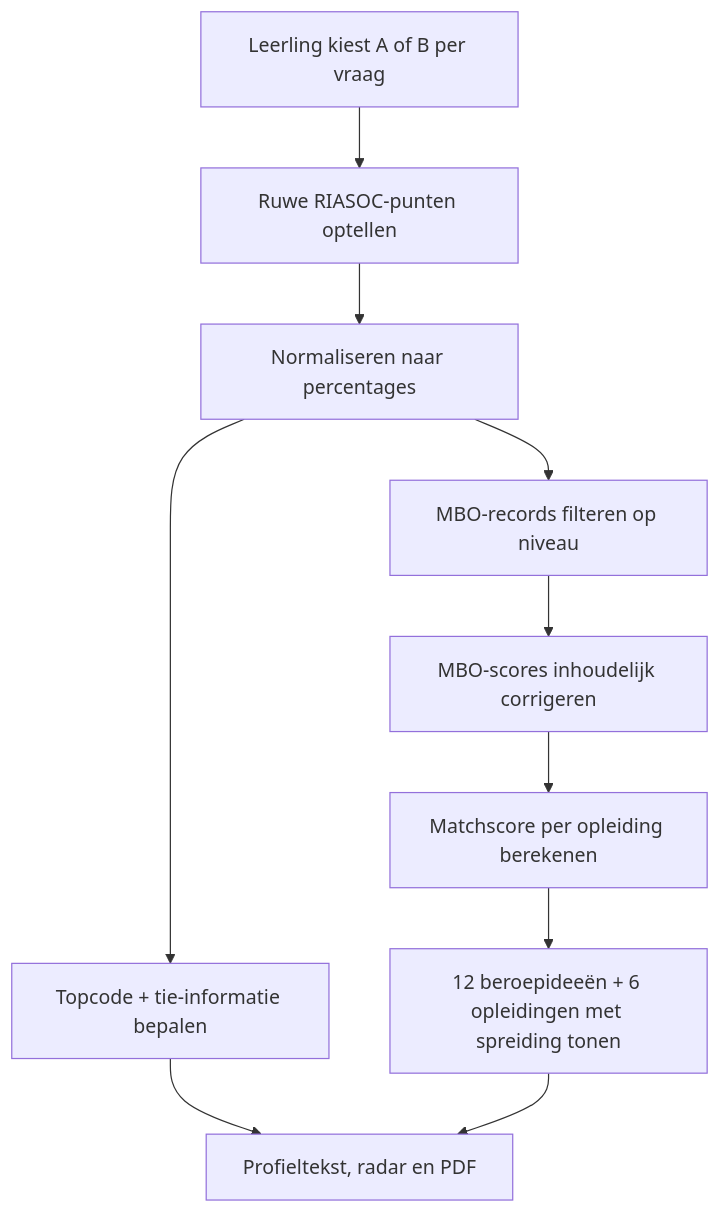
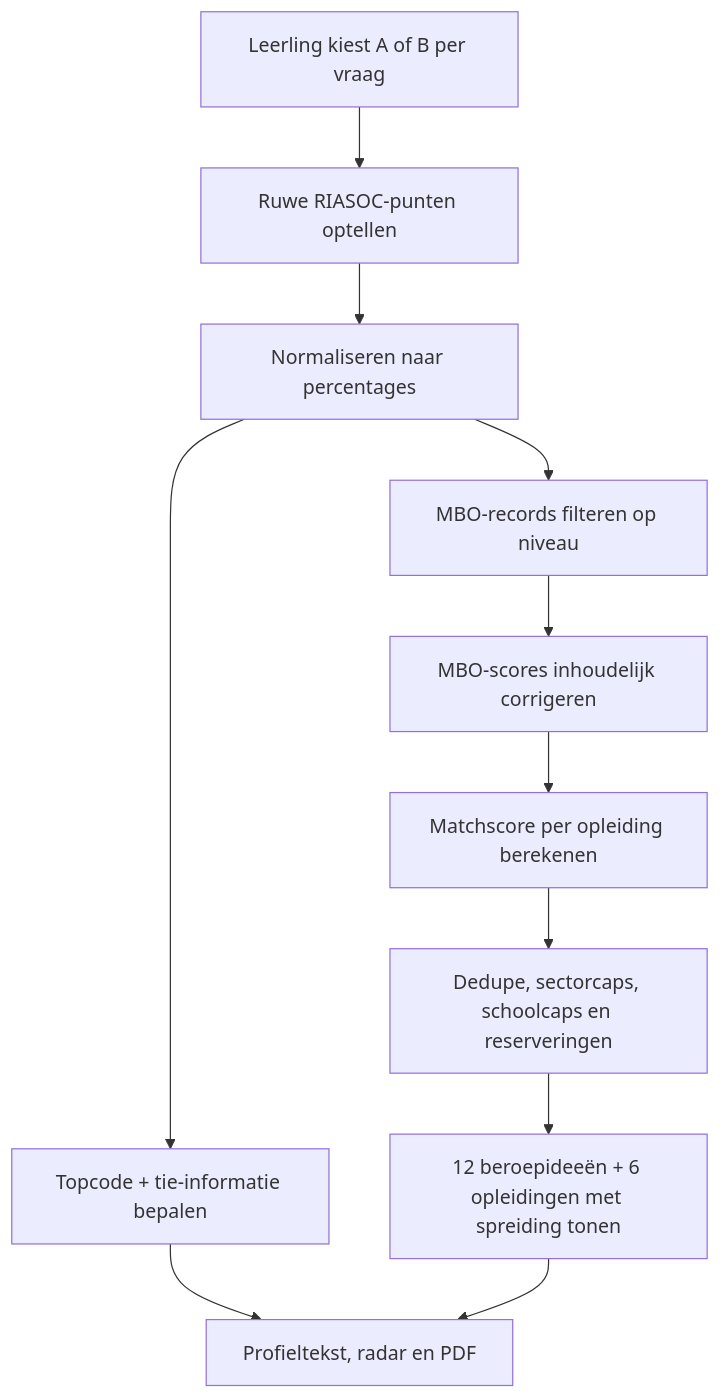
One commit to michelbuchnernl/mbo-verkenner changed the diagram in docs/RIASOC_Modeluitleg_weging_en_resultaat.md. Above: the diagram before and after it, drawn with Mermaid. The commit also changed other lines of this file and 5 other files, not shown here.

````diff
--- a/docs/RIASOC_Modeluitleg_weging_en_resultaat.md
+++ b/docs/RIASOC_Modeluitleg_weging_en_resultaat.md
@@ -240,12 +253,13 @@
 ```mermaid
 flowchart TD
     A["Leerling kiest A of B per vraag"] --> B["Ruwe RIASOC-punten optellen"]
     B --> C["Normaliseren naar percentages"]
     C --> D["Topcode + tie-informatie bepalen"]
     C --> E["MBO-records filteren op niveau"]
     E --> F["MBO-scores inhoudelijk corrigeren"]
     F --> G["Matchscore per opleiding berekenen"]
-    G --> H["12 beroepideeën + 6 opleidingen met spreiding tonen"]
+    G --> H["Dedupe, sectorcaps, schoolcaps en reserveringen"]
+    H --> J["12 beroepideeën + 6 opleidingen met spreiding tonen"]
     D --> I["Profieltekst, radar en PDF"]
-    H --> I
+    J --> I
 ```
````
